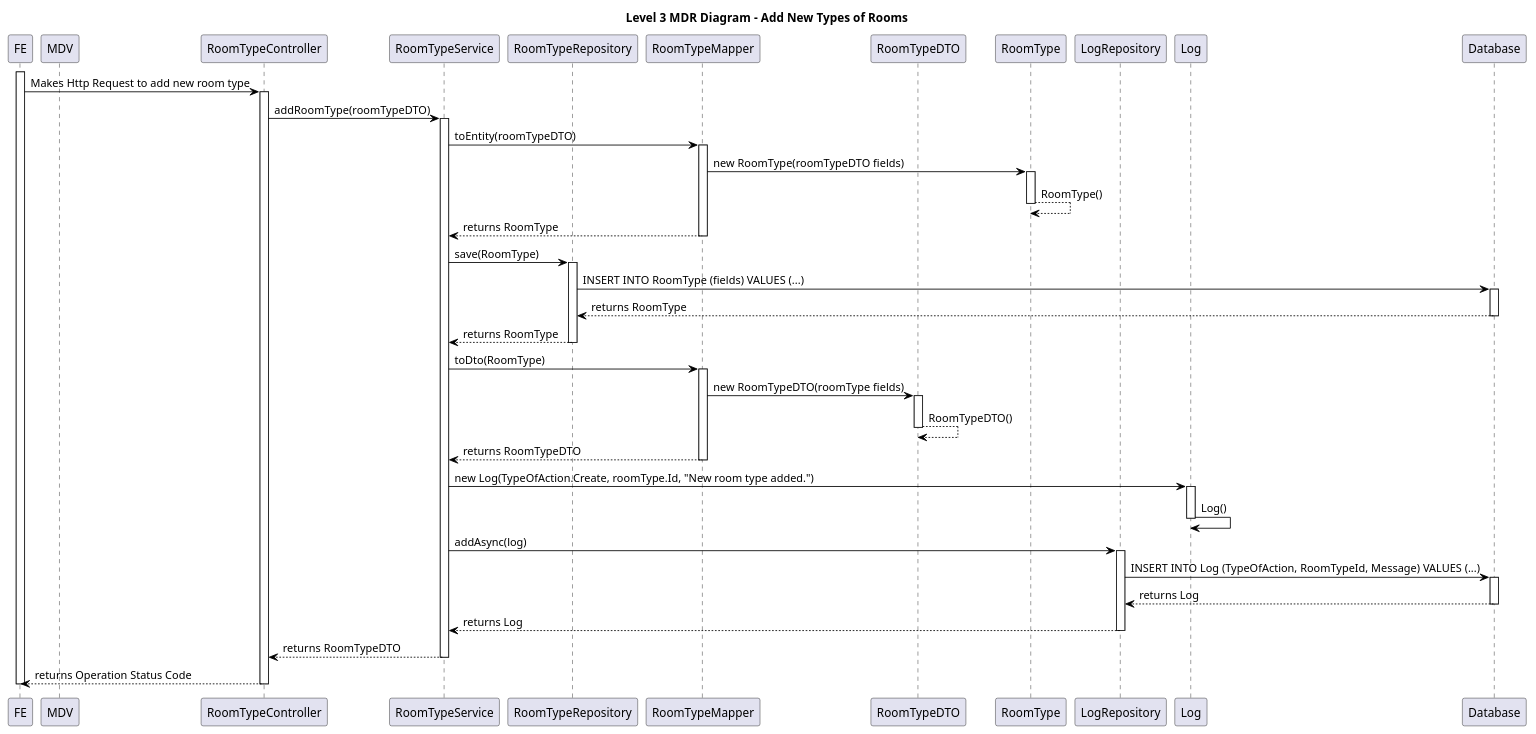
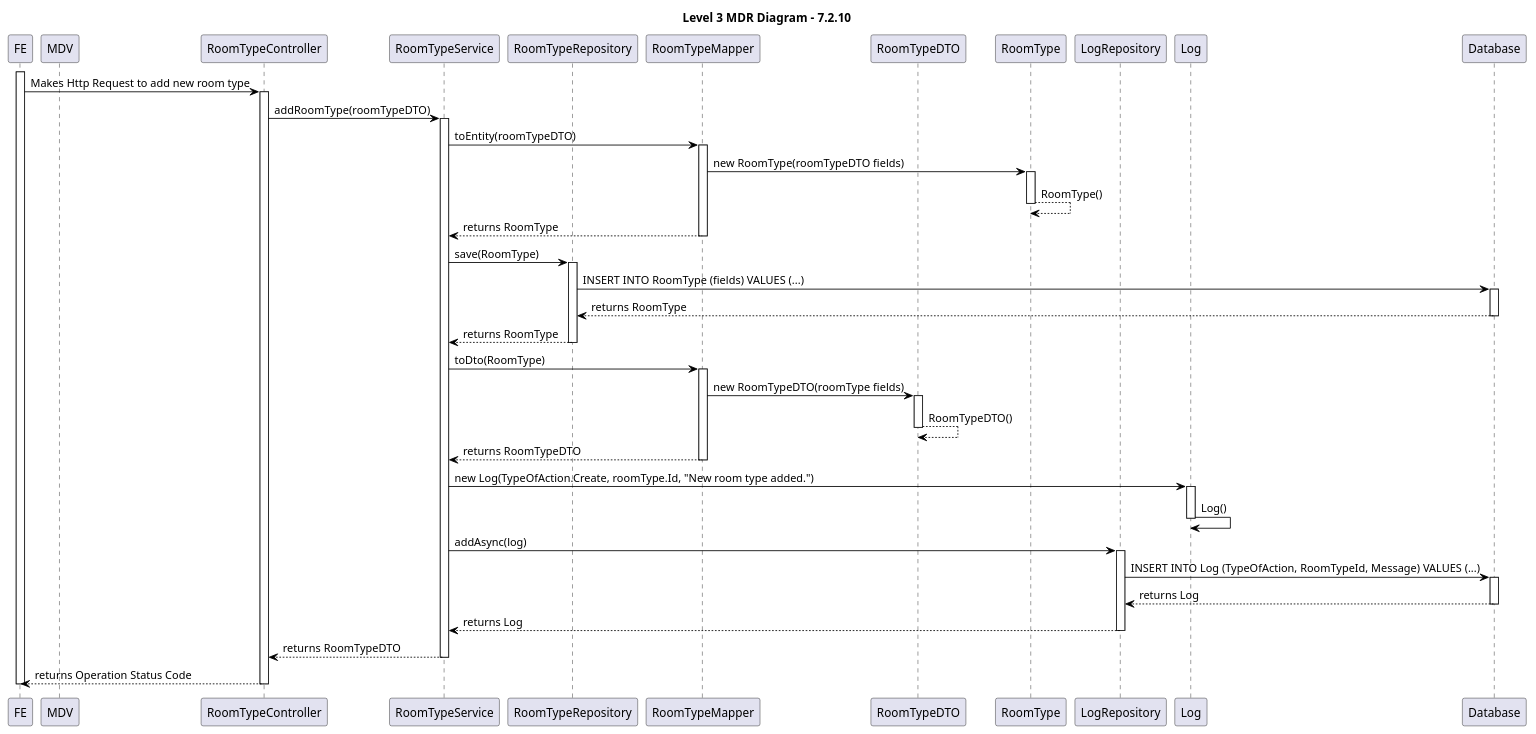
The diagram in docs/sprint_C/us_7.2.10/level_3/level_3_MDR.puml (vscosousa/LAPR5_3DC_G15), drawn with PlantUML before and after one commit. The commit also changed 11 other files, not shown here.

```diff
--- a/docs/sprint_C/us_7.2.10/level_3/level_3_MDR.puml
+++ b/docs/sprint_C/us_7.2.10/level_3/level_3_MDR.puml
@@ -1,79 +1,79 @@
 @startuml level_3_MDR
 
-title Level 3 MDR Diagram - Add New Types of Rooms
+title Level 3 MDR Diagram - 7.2.10
 
 hide empty members
 'skinparam Linetype ortho
 
 skinparam class {
     BackgroundColor<<valueObject>> #D6EAF8
     BackgroundColor<<root>> #FDEBD0
     BackgroundColor<<service>> #D1F2EB
     BackgroundColor #UIF9E7
     ArrowColor Black
 }
 
 skinparam package {
     BackgroundColor #EBF5FB
 }
 
 participant FE as FE
 participant MDV as MDV
 participant "RoomTypeController" as RTC
 participant "RoomTypeService" as RTS
 participant "RoomTypeRepository" as RTR
 participant "RoomTypeMapper" as RTM
 participant "RoomTypeDTO" as RTD
 participant "RoomType" as RT
 participant "LogRepository" as LR
 participant "Log" as L
 participant "Database" as DB
 
 activate FE
 FE -> RTC: Makes Http Request to add new room type
 activate RTC
 RTC -> RTS: addRoomType(roomTypeDTO)
 activate RTS
 RTS -> RTM: toEntity(roomTypeDTO)
 activate RTM
 RTM -> RT: new RoomType(roomTypeDTO fields)
 activate RT
 RT --> RT: RoomType()
 deactivate RT
 RTM --> RTS: returns RoomType
 deactivate RTM
 RTS -> RTR: save(RoomType)
 activate RTR
 RTR -> DB: INSERT INTO RoomType (fields) VALUES (...)
 activate DB
 DB --> RTR: returns RoomType
 deactivate DB
 RTR --> RTS: returns RoomType
 deactivate RTR
 RTS -> RTM: toDto(RoomType)
 activate RTM
 RTM -> RTD: new RoomTypeDTO(roomType fields)
 activate RTD
 RTD --> RTD: RoomTypeDTO()
 deactivate RTD
 RTM --> RTS: returns RoomTypeDTO
 deactivate RTM
 RTS -> L: new Log(TypeOfAction.Create, roomType.Id, "New room type added.")
 activate L
 L -> L: Log()
 deactivate L
 RTS -> LR: addAsync(log)
 activate LR
 LR -> DB: INSERT INTO Log (TypeOfAction, RoomTypeId, Message) VALUES (...)
 activate DB
 DB --> LR: returns Log
 deactivate DB
 LR --> RTS: returns Log
 deactivate LR
 RTS --> RTC: returns RoomTypeDTO
 deactivate RTS
 RTC --> FE: returns Operation Status Code
 deactivate RTC
 deactivate FE
 
 @enduml
```
